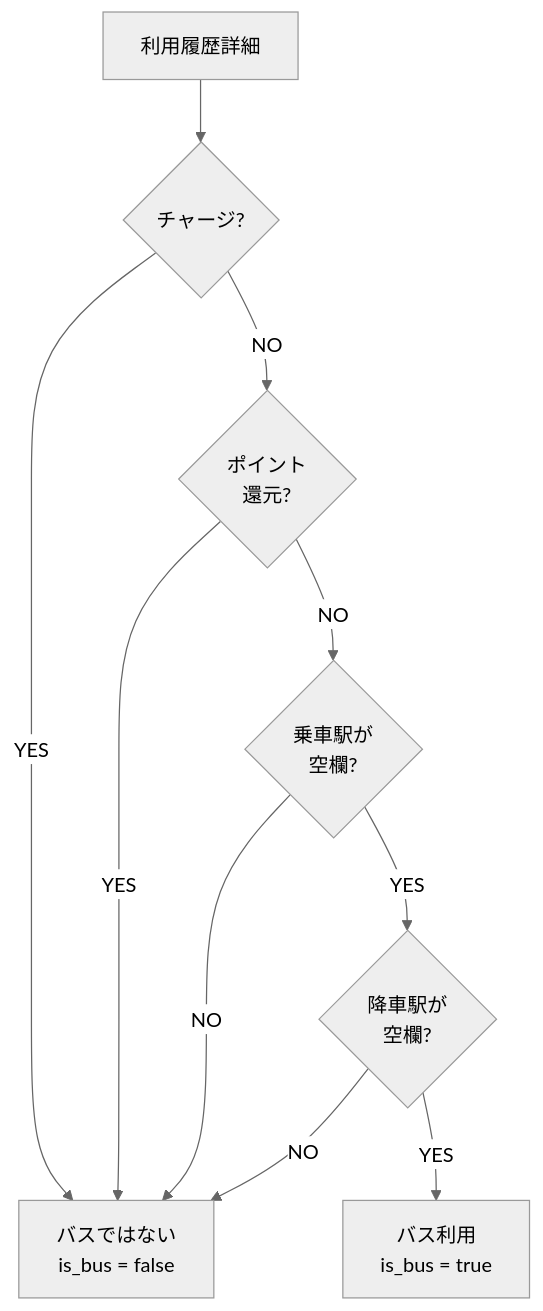
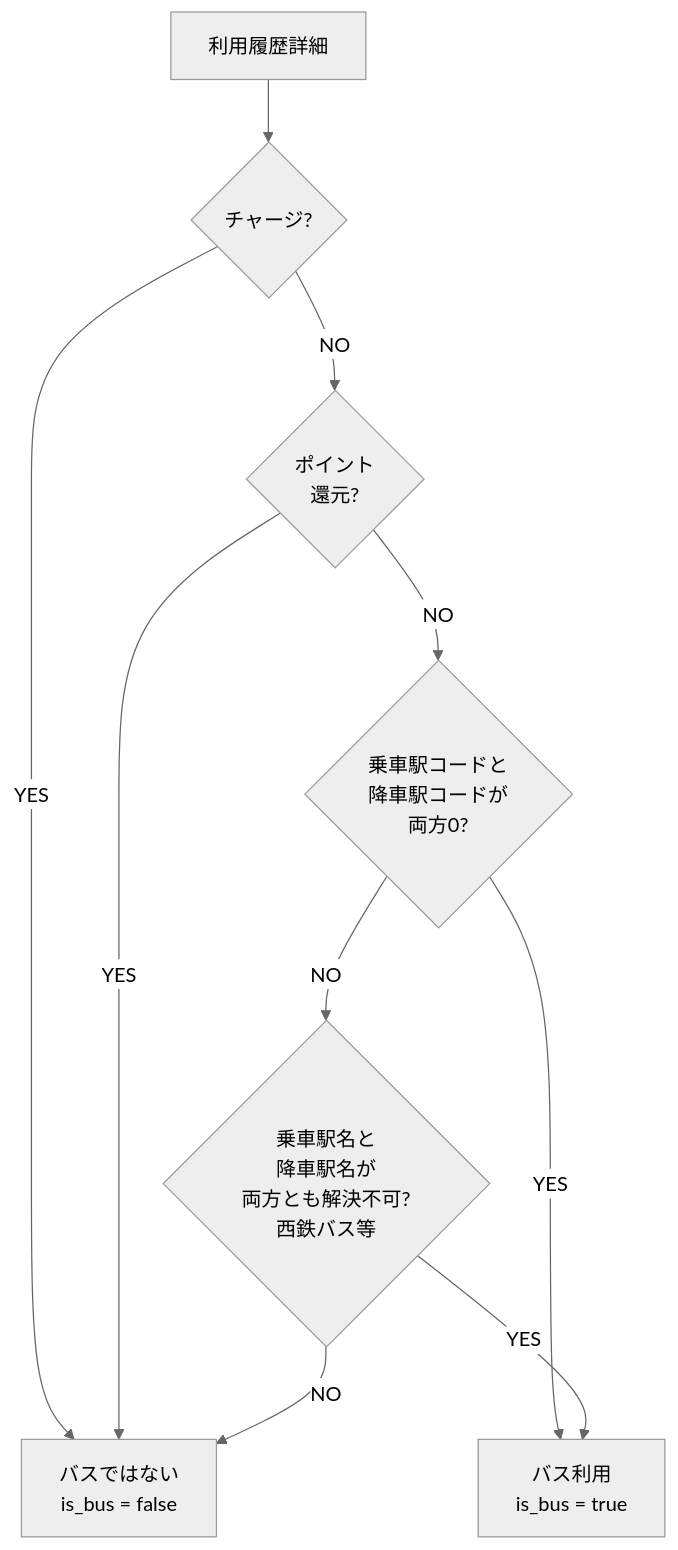
Before and after one commit to kuwayamamasayuki/ICCardManager: the fourth of 7 diagrams in ICCardManager/docs/design/04_機能設計書.md, drawn with Mermaid (neutral theme). The commit also changed other lines of this file and 6 other files, not shown here.

````diff
--- a/ICCardManager/docs/design/04_機能設計書.md
+++ b/ICCardManager/docs/design/04_機能設計書.md
@@ -242,12 +247,12 @@
 ```mermaid
 flowchart TD
     DETAIL[利用履歴詳細] --> CHECK_CHARGE{チャージ?}
     CHECK_CHARGE -->|YES| NOT_BUS[バスではない<br>is_bus = false]
     CHECK_CHARGE -->|NO| CHECK_POINT{ポイント<br>還元?}
     CHECK_POINT -->|YES| NOT_BUS
-    CHECK_POINT -->|NO| CHECK_ENTRY{乗車駅が<br>空欄?}
-    CHECK_ENTRY -->|NO| NOT_BUS
-    CHECK_ENTRY -->|YES| CHECK_EXIT{降車駅が<br>空欄?}
-    CHECK_EXIT -->|NO| NOT_BUS
-    CHECK_EXIT -->|YES| IS_BUS[バス利用<br>is_bus = true]
+    CHECK_POINT -->|NO| CHECK_CODE{乗車駅コードと<br>降車駅コードが<br>両方0?}
+    CHECK_CODE -->|YES| IS_BUS[バス利用<br>is_bus = true]
+    CHECK_CODE -->|NO| CHECK_NAME{乗車駅名と<br>降車駅名が<br>両方とも解決不可?<br>西鉄バス等}
+    CHECK_NAME -->|YES| IS_BUS
+    CHECK_NAME -->|NO| NOT_BUS
 ```
````
